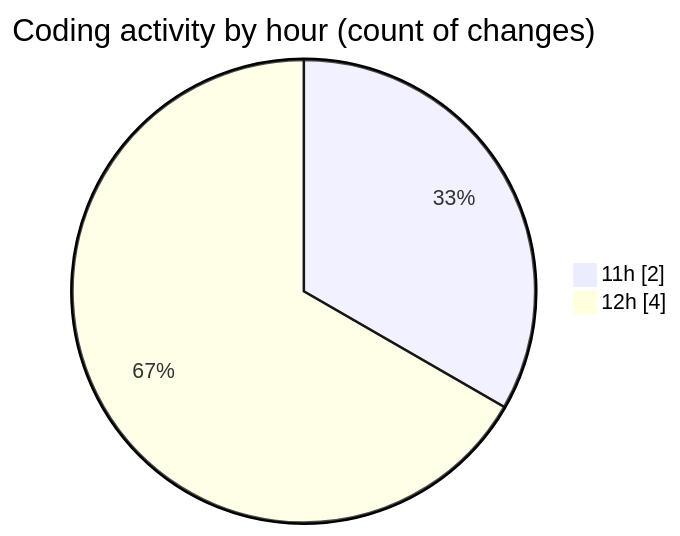
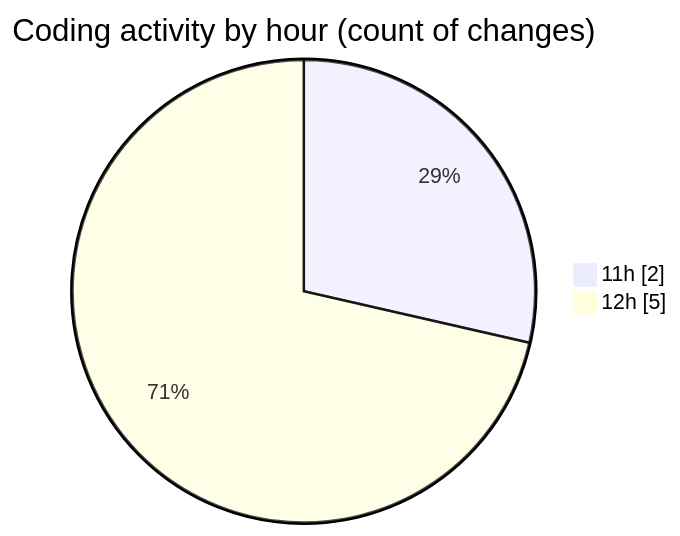
One commit to nxtqubesakshisongat/code-tracking changed the second of 2 diagrams in 2026-05-25/nxtqube_webapp/README.md. Above: the diagram before and after it, drawn with Mermaid. The commit also changed other lines of this file and 1 other file, not shown here.

````diff
--- a/2026-05-25/nxtqube_webapp/README.md
+++ b/2026-05-25/nxtqube_webapp/README.md
@@ -28,6 +29,6 @@
 ```mermaid
 pie showData
 title Coding activity by hour (count of changes)
 "11h" : 2
-"12h" : 4
+"12h" : 5
 ```
````
